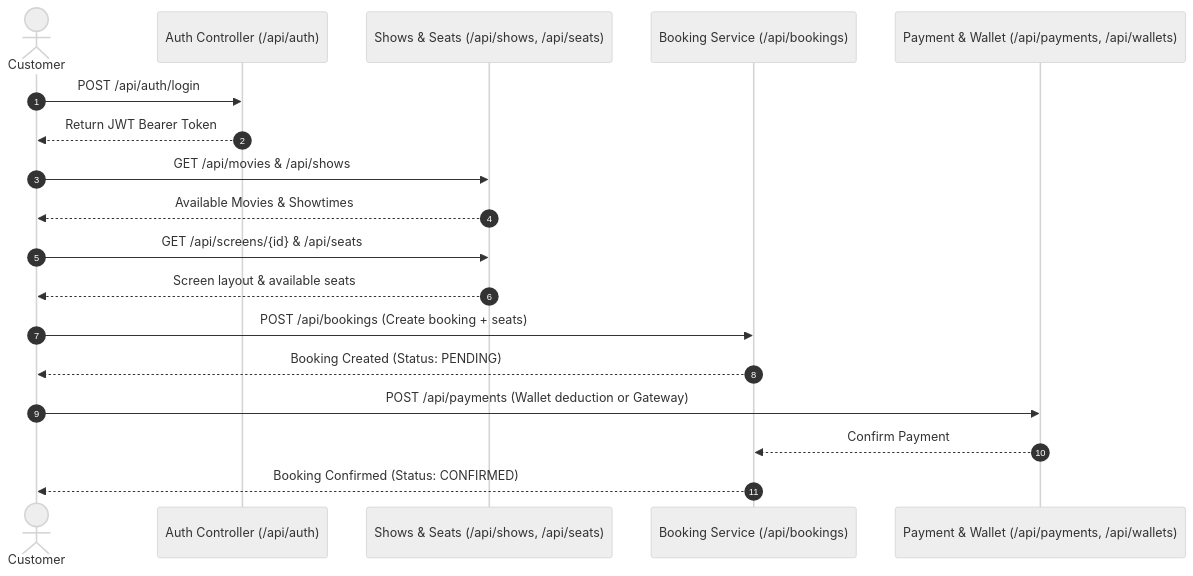
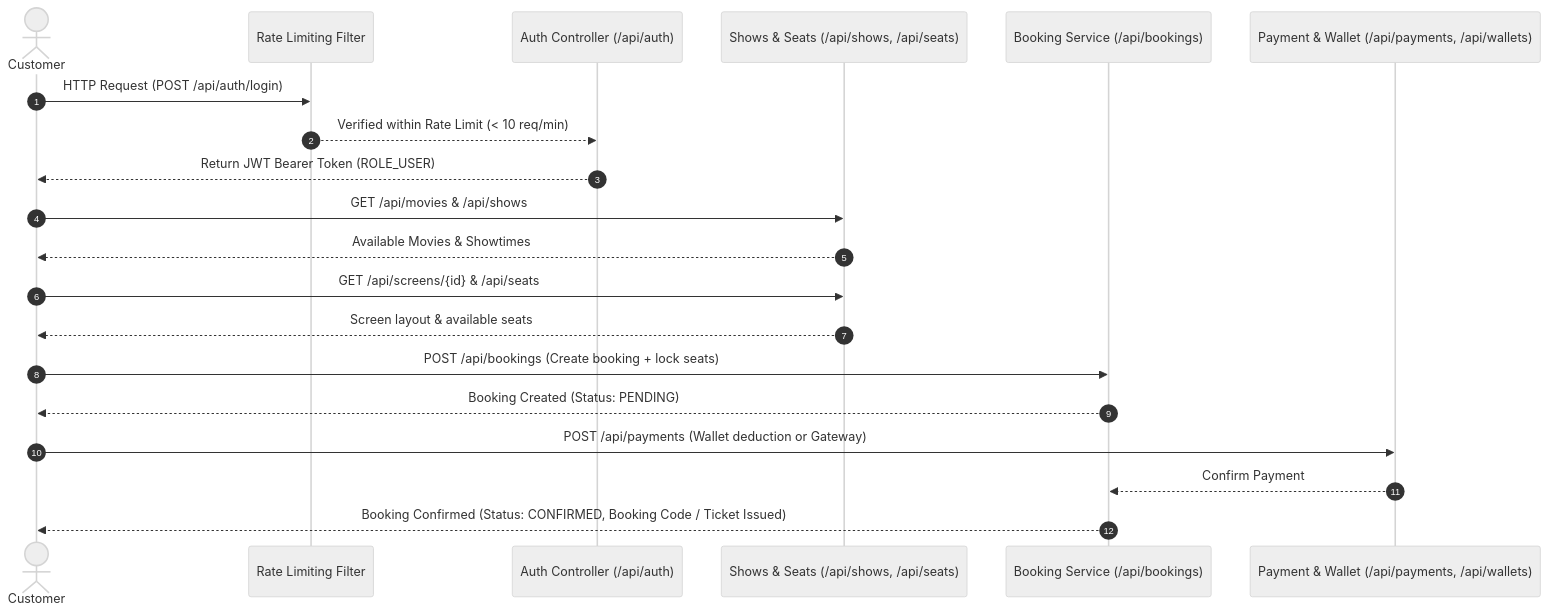
Before and after one commit to CenimManagementSystem/cenima_final_project: the first of 3 diagrams in SystemFlow.md, drawn with Mermaid (neutral theme). The commit also changed other lines of this file and 53 other files, not shown here.

````diff
--- a/SystemFlow.md
+++ b/SystemFlow.md
@@ -9,25 +9,27 @@
 ```mermaid
 sequenceDiagram
     autonumber
     actor Customer
+    participant Limiter as Rate Limiting Filter
     participant Auth as Auth Controller (/api/auth)
     participant Show as Shows & Seats (/api/shows, /api/seats)
     participant Booking as Booking Service (/api/bookings)
     participant Payment as Payment & Wallet (/api/payments, /api/wallets)
 
-    Customer->>Auth: POST /api/auth/login
-    Auth-->>Customer: Return JWT Bearer Token
+    Customer->>Limiter: HTTP Request (POST /api/auth/login)
+    Limiter-->>Auth: Verified within Rate Limit (< 10 req/min)
+    Auth-->>Customer: Return JWT Bearer Token (ROLE_USER)
 
     Customer->>Show: GET /api/movies & /api/shows
     Show-->>Customer: Available Movies & Showtimes
 
     Customer->>Show: GET /api/screens/{id} & /api/seats
     Show-->>Customer: Screen layout & available seats
 
-    Customer->>Booking: POST /api/bookings (Create booking + seats)
+    Customer->>Booking: POST /api/bookings (Create booking + lock seats)
     Booking-->>Customer: Booking Created (Status: PENDING)
 
     Customer->>Payment: POST /api/payments (Wallet deduction or Gateway)
     Payment-->>Booking: Confirm Payment
-    Booking-->>Customer: Booking Confirmed (Status: CONFIRMED)
+    Booking-->>Customer: Booking Confirmed (Status: CONFIRMED, Booking Code / Ticket Issued)
 ```
````
